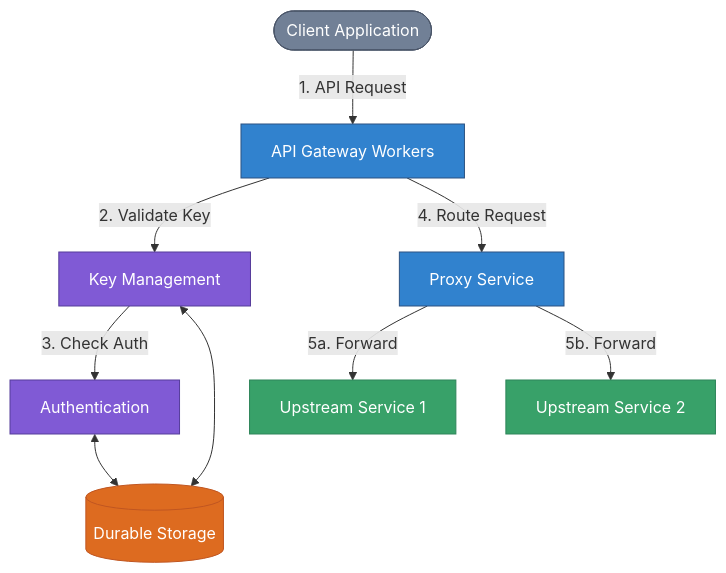
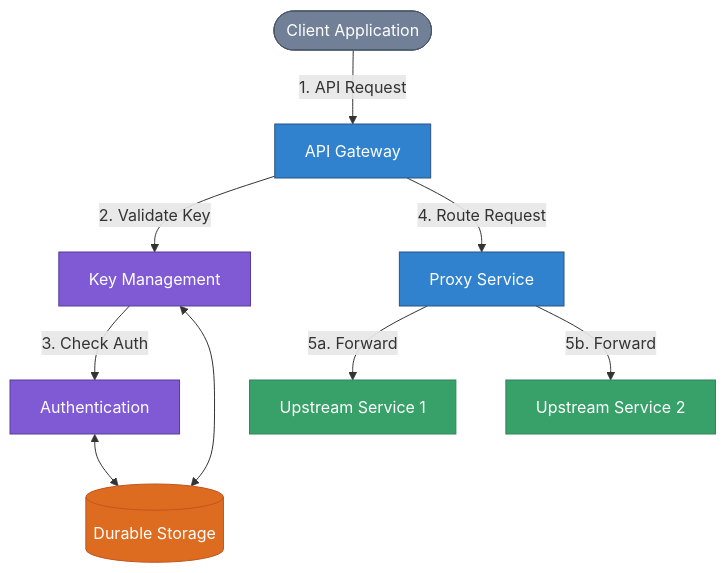
The first of 17 diagrams in docs/INTEGRATION_GUIDE.md (erfianugrah/api-gateway-workers), drawn with Mermaid before and after one commit. The commit also changed other lines of this file and 19 other files, not shown here.

````diff
--- a/docs/INTEGRATION_GUIDE.md
+++ b/docs/INTEGRATION_GUIDE.md
@@ -9,32 +9,32 @@
 ```mermaid
 flowchart TB
     User([Client Application])
-    Gateway[API Gateway Workers]
+    Gateway[API Gateway]
     Key[Key Management]
     Auth[Authentication]
     Proxy[Proxy Service]
     Upstream1[Upstream Service 1]
     Upstream2[Upstream Service 2]
     Storage[(Durable Storage)]
     
     User -- "1. API Request" --> Gateway
     Gateway -- "2. Validate Key" --> Key
     Key -- "3. Check Auth" --> Auth
     Gateway -- "4. Route Request" --> Proxy
     Proxy -- "5a. Forward" --> Upstream1
     Proxy -- "5b. Forward" --> Upstream2
     Key <--> Storage
     Auth <--> Storage
     
     classDef primary fill:#3182ce,stroke:#2c5282,color:#ffffff;
     classDef secondary fill:#805ad5,stroke:#553c9a,color:#ffffff;
     classDef storage fill:#dd6b20,stroke:#c05621,color:#ffffff;
     classDef client fill:#718096,stroke:#4a5568,color:#ffffff;
     classDef upstream fill:#38a169,stroke:#2f855a,color:#ffffff;
     
     class User client;
     class Gateway,Proxy primary;
     class Key,Auth secondary;
     class Storage storage;
     class Upstream1,Upstream2 upstream;
 ```
````
